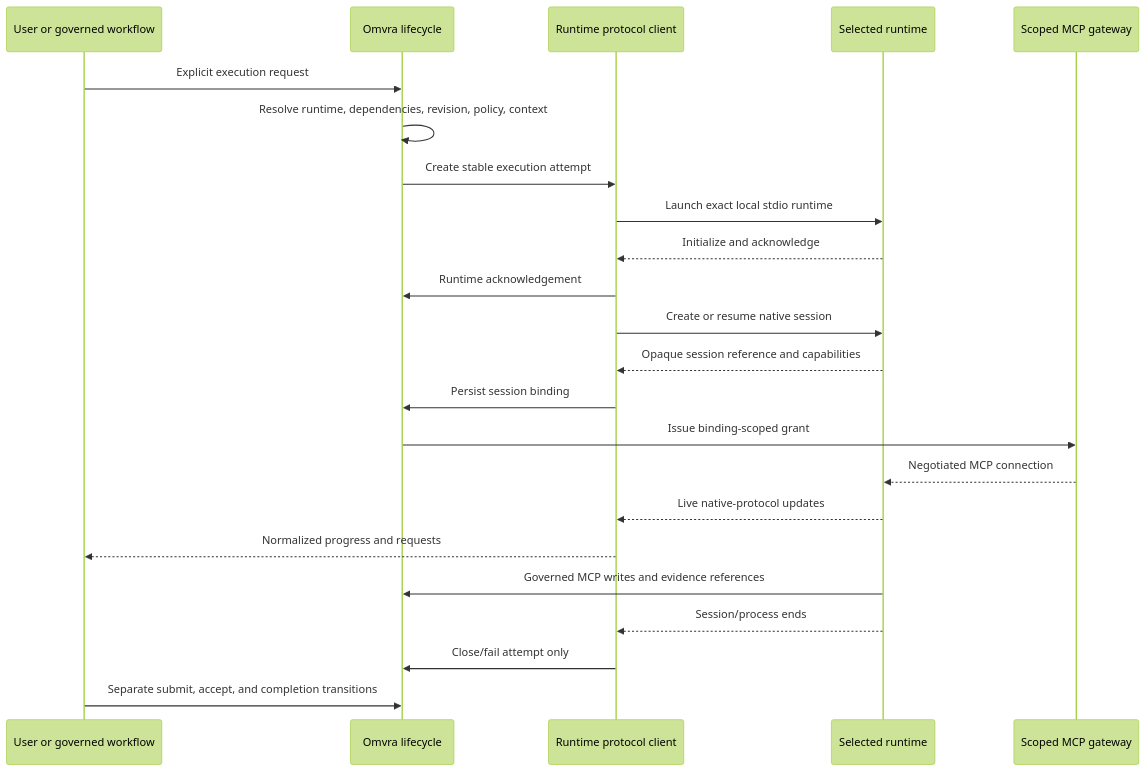
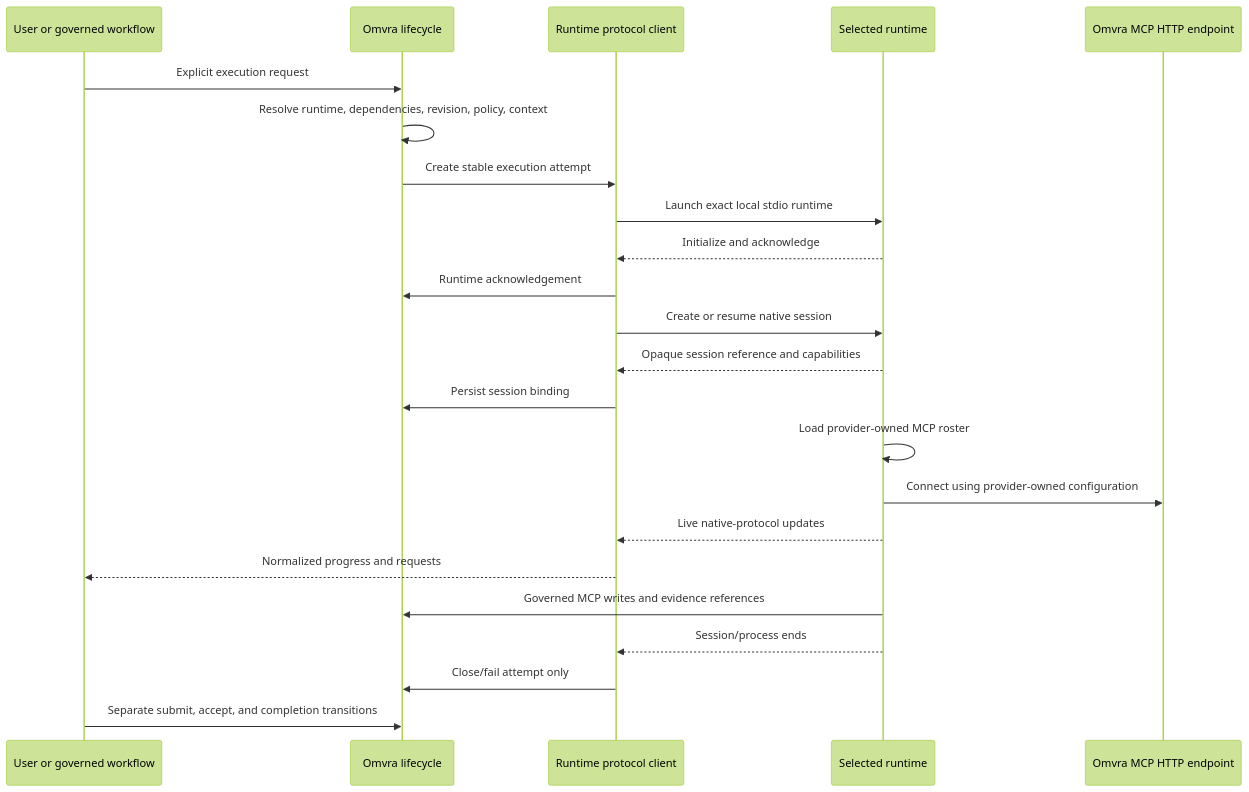
The diagram in docs/architecture/acp-runtime-session-lifecycle-contract.md (lorddarq/Plumy), drawn with Mermaid (forest theme) before and after one commit. The commit also changed other lines of this file and 13 other files, not shown here.

First line of the commit message:
Refactor MCP grant handling and remove unnecessary configurations

````diff
--- a/docs/architecture/acp-runtime-session-lifecycle-contract.md
+++ b/docs/architecture/acp-runtime-session-lifecycle-contract.md
@@ -319,25 +312,25 @@
 ```mermaid
 sequenceDiagram
   participant U as User or governed workflow
   participant O as Omvra lifecycle
   participant A as Runtime protocol client
   participant R as Selected runtime
-  participant M as Scoped MCP gateway
+  participant M as Omvra MCP HTTP endpoint
   U->>O: Explicit execution request
   O->>O: Resolve runtime, dependencies, revision, policy, context
   O->>A: Create stable execution attempt
   A->>R: Launch exact local stdio runtime
   R-->>A: Initialize and acknowledge
   A->>O: Runtime acknowledgement
   A->>R: Create or resume native session
   R-->>A: Opaque session reference and capabilities
   A->>O: Persist session binding
-  O->>M: Issue binding-scoped grant
-  M-->>R: Negotiated MCP connection
+  R->>R: Load provider-owned MCP roster
+  R->>M: Connect using provider-owned configuration
   R-->>A: Live native-protocol updates
   A-->>U: Normalized progress and requests
   R->>O: Governed MCP writes and evidence references
   R-->>A: Session/process ends
   A->>O: Close/fail attempt only
   U->>O: Separate submit, accept, and completion transitions
 ```
````
